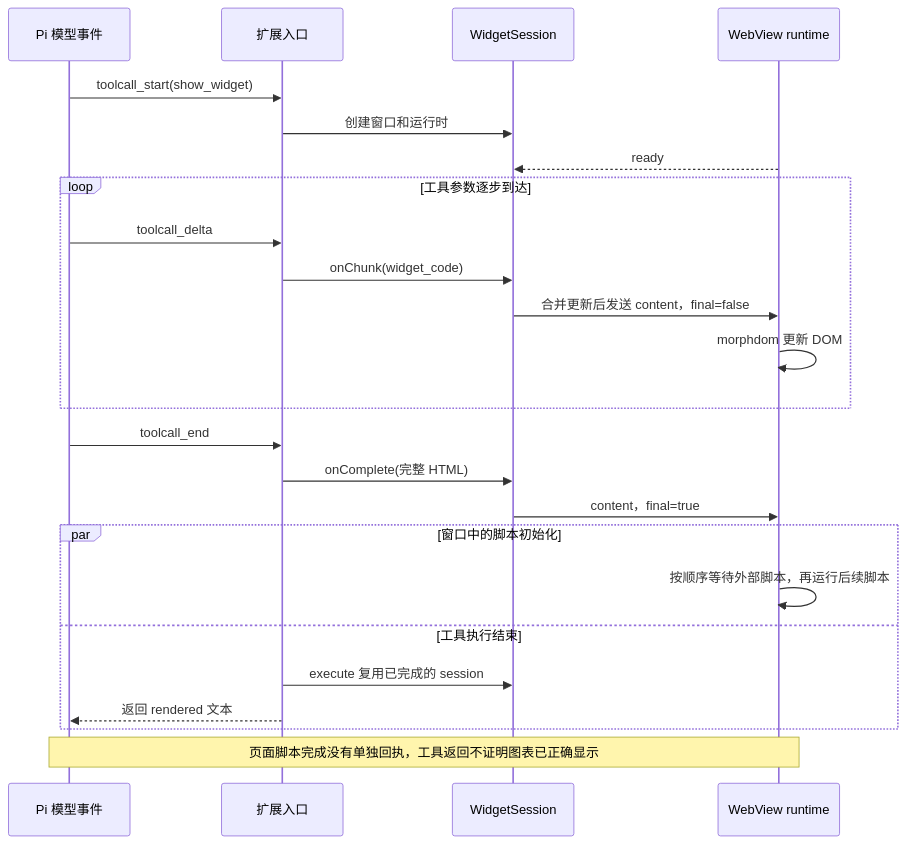
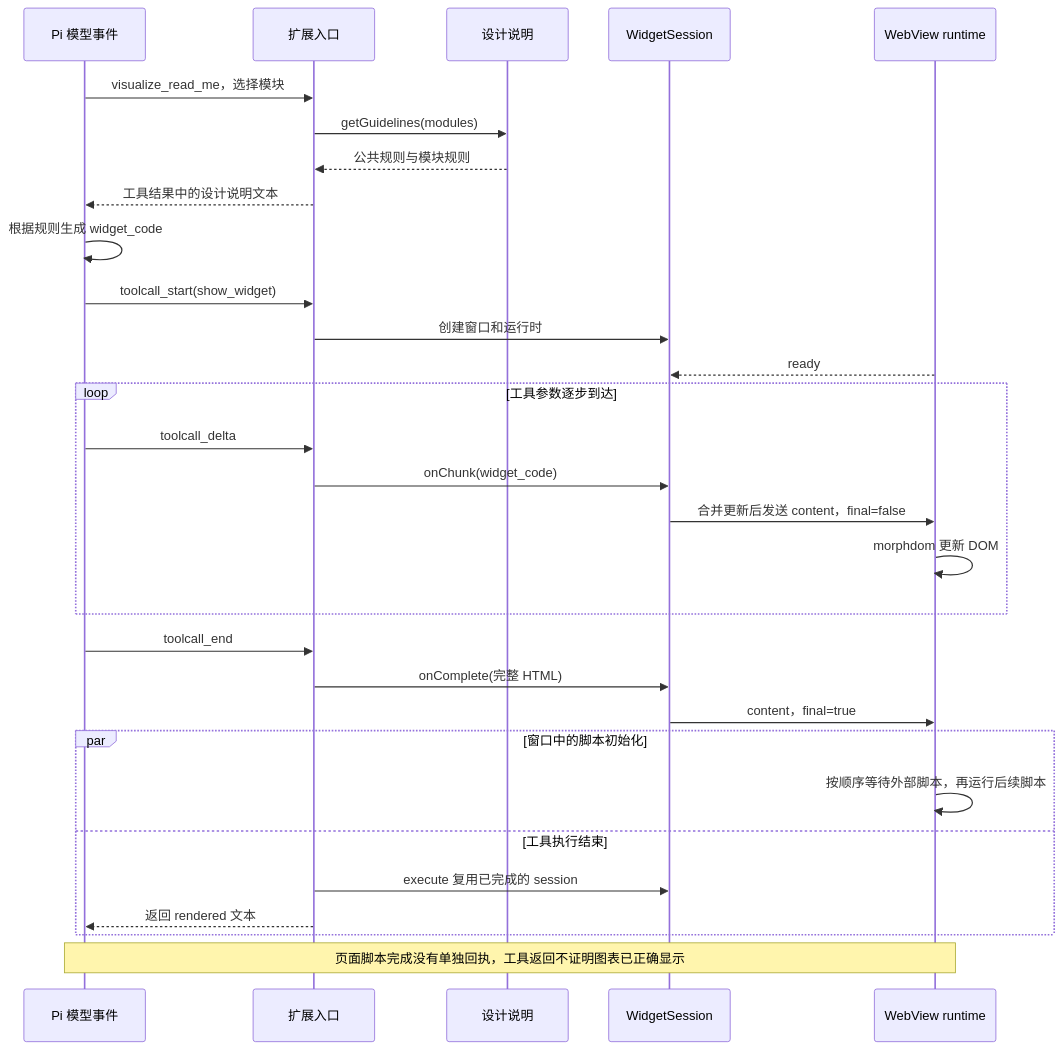
The second of 2 diagrams in wiki/topics/ai/pi-generative-ui.md (PerfectPan/wiki), drawn with Mermaid before and after one commit. The commit also changed other lines of this file and 3 other files, not shown here.

````diff
--- a/wiki/topics/ai/pi-generative-ui.md
+++ b/wiki/topics/ai/pi-generative-ui.md
@@ -72,26 +173,32 @@
 ```mermaid
 sequenceDiagram
   participant P as Pi 模型事件
   participant E as 扩展入口
+  participant G as 设计说明
   participant S as WidgetSession
   participant W as WebView runtime
+  P->>E: visualize_read_me，选择模块
+  E->>G: getGuidelines(modules)
+  G-->>E: 公共规则与模块规则
+  E-->>P: 工具结果中的设计说明文本
+  P->>P: 根据规则生成 widget_code
   P->>E: toolcall_start(show_widget)
   E->>S: 创建窗口和运行时
   W-->>S: ready
   loop 工具参数逐步到达
     P->>E: toolcall_delta
     E->>S: onChunk(widget_code)
     S->>W: 合并更新后发送 content，final=false
     W->>W: morphdom 更新 DOM
   end
   P->>E: toolcall_end
   E->>S: onComplete(完整 HTML)
   S->>W: content，final=true
   par 窗口中的脚本初始化
     W->>W: 按顺序等待外部脚本，再运行后续脚本
   and 工具执行结束
     E->>S: execute 复用已完成的 session
     E-->>P: 返回 rendered 文本
   end
   Note over P,W: 页面脚本完成没有单独回执，工具返回不证明图表已正确显示
 ```
````
